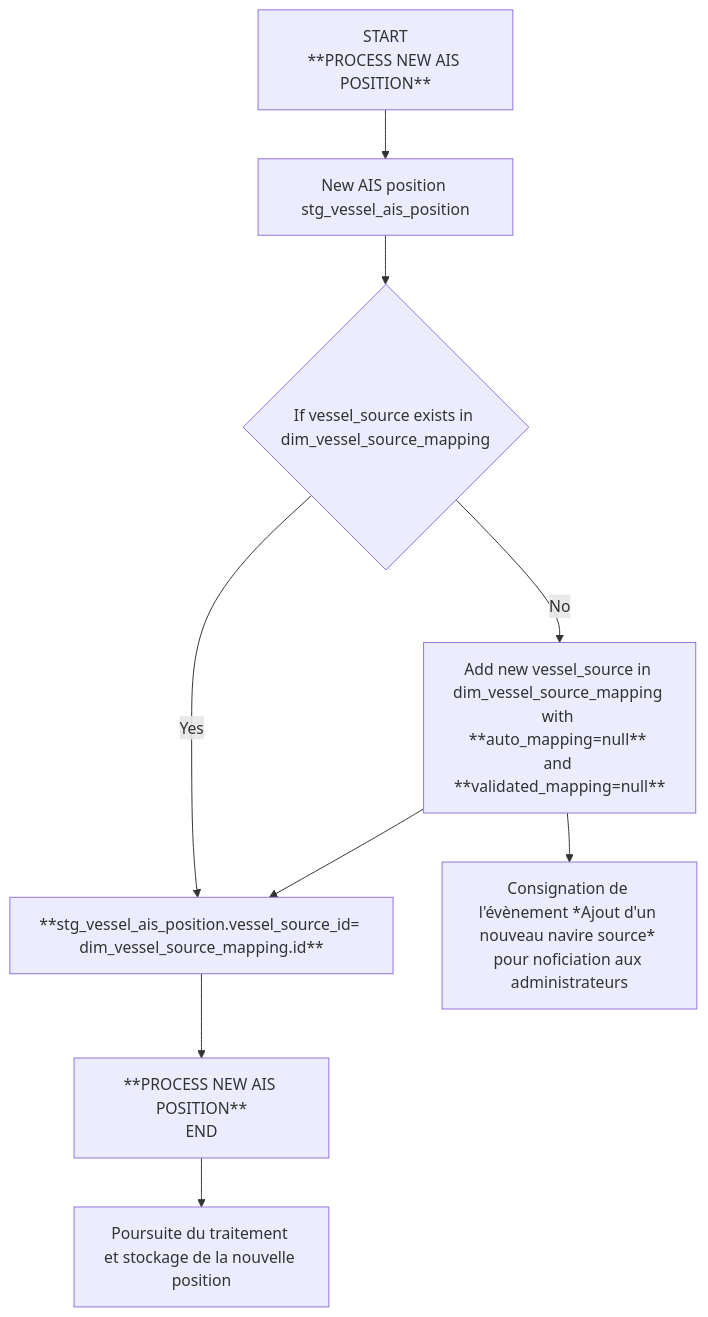
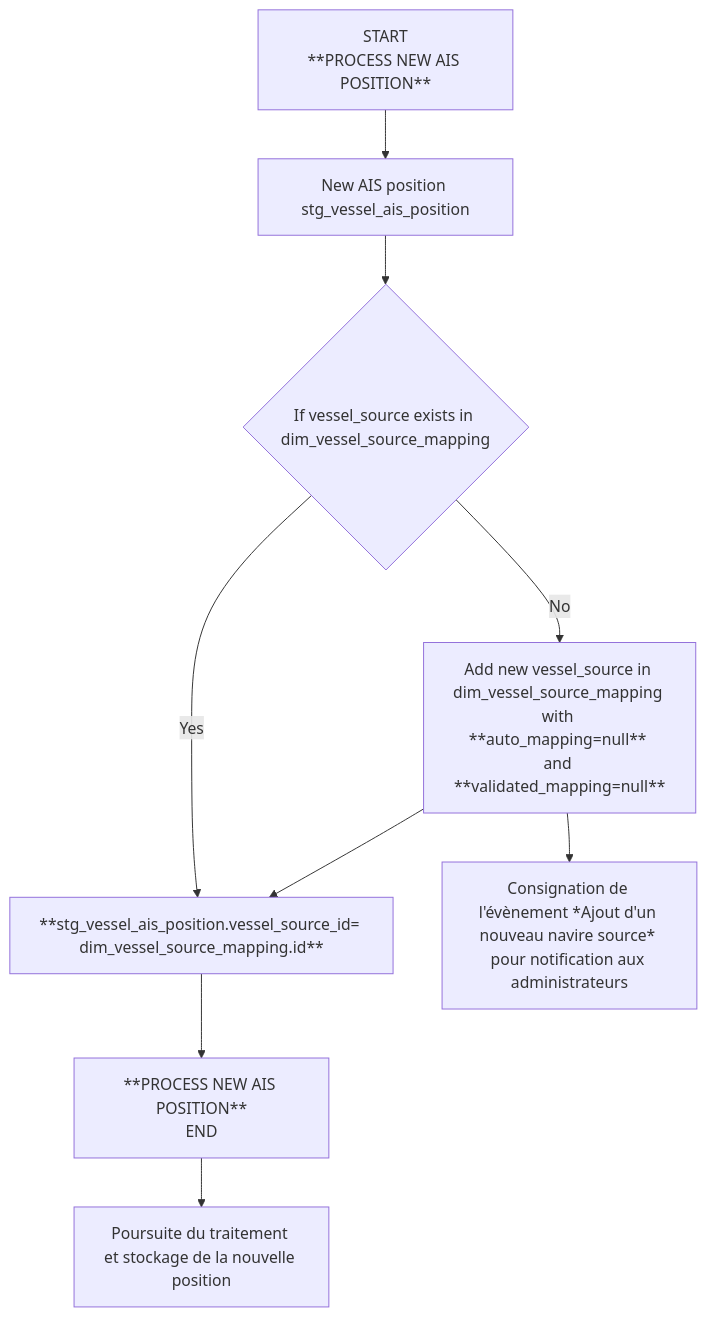
One commit to dataforgoodfr/12_bloom changed the first of 6 diagrams in docs/conception/vessel_identification.md. Above: the diagram before and after it, drawn with Mermaid. The commit also changed other lines of this file, not shown here.

````diff
--- a/docs/conception/vessel_identification.md
+++ b/docs/conception/vessel_identification.md
@@ -20,11 +20,11 @@
 ```mermaid
 graph TD;
     ISTART[START<br>**PROCESS NEW AIS POSITION**]-->I000
     I000[New AIS position stg_vessel_ais_position]-->I001{If vessel_source exists in dim_vessel_source_mapping}
     I001-->|No|I002[Add new vessel_source in dim_vessel_source_mapping with **auto_mapping=null** and **validated_mapping=null**]
     I001-->|Yes|I003[**stg_vessel_ais_position.vessel_source_id= dim_vessel_source_mapping.id**]
-    I002-->ILOG001["Consignation de l'évènement *Ajout d'un nouveau navire source* pour noficiation aux administrateurs"]
+    I002-->ILOG001["Consignation de l'évènement *Ajout d'un nouveau navire source* pour notification aux administrateurs"]
     I002-->I003
     I003-->IEND[**PROCESS NEW AIS POSITION**<br>END]
     IEND-->I004["Poursuite du traitement et stockage de la nouvelle position"]
 ```
````
